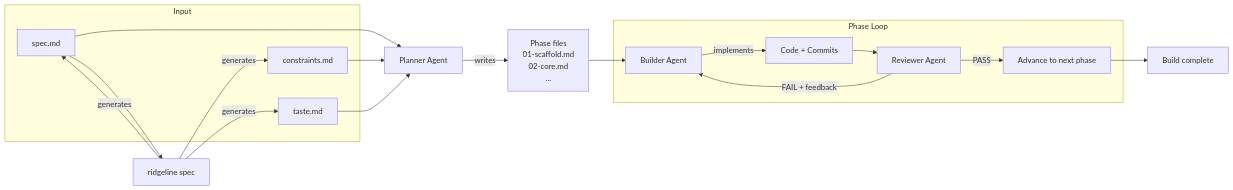
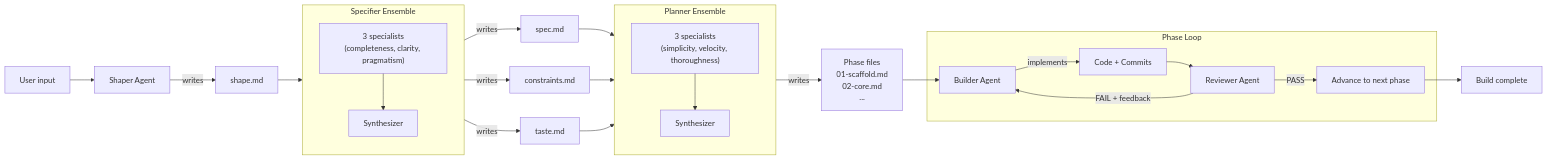
Before and after one commit to robmclarty/ridgeline: the first of 3 diagrams in docs/architecture.md, drawn with Mermaid. The commit also changed other lines of this file and 7 other files, not shown here.

````diff
--- a/docs/architecture.md
+++ b/docs/architecture.md
@@ -16,30 +16,43 @@
 ```mermaid
 flowchart LR
-    subgraph Input
-        spec[spec.md]
-        constraints[constraints.md]
-        taste[taste.md]
+    input[User input] --> shaper
+
+    shaper[Shaper Agent] -->|writes| shape[shape.md]
+
+    shape --> spec_ensemble
+
+    subgraph spec_ensemble ["Specifier Ensemble"]
+        direction TB
+        s_specialists["3 specialists\n(completeness, clarity, pragmatism)"]
+        s_synth["Synthesizer"]
+        s_specialists --> s_synth
     end
 
-    spec --> specifier
-    specifier[ridgeline spec] -->|generates| spec
-    specifier -->|generates| constraints
-    specifier -->|generates| taste
+    spec_ensemble -->|writes| spec[spec.md]
+    spec_ensemble -->|writes| constraints[constraints.md]
+    spec_ensemble -->|writes| taste[taste.md]
 
-    spec --> planner
-    constraints --> planner
-    taste --> planner
+    spec --> plan_ensemble
+    constraints --> plan_ensemble
+    taste --> plan_ensemble
 
-    planner[Planner Agent] -->|writes| phases["Phase files\n01-scaffold.md\n02-core.md\n..."]
+    subgraph plan_ensemble ["Planner Ensemble"]
+        direction TB
+        p_specialists["3 specialists\n(simplicity, velocity, thoroughness)"]
+        p_synth["Synthesizer"]
+        p_specialists --> p_synth
+    end
+
+    plan_ensemble -->|writes| phases["Phase files\n01-scaffold.md\n02-core.md\n..."]
 
     phases --> builder
 
     subgraph "Phase Loop"
         builder[Builder Agent] -->|implements| code[Code + Commits]
         code --> reviewer[Reviewer Agent]
         reviewer -->|PASS| advance[Advance to next phase]
         reviewer -->|FAIL + feedback| builder
     end
 
     advance --> done[Build complete]
 ```
````
